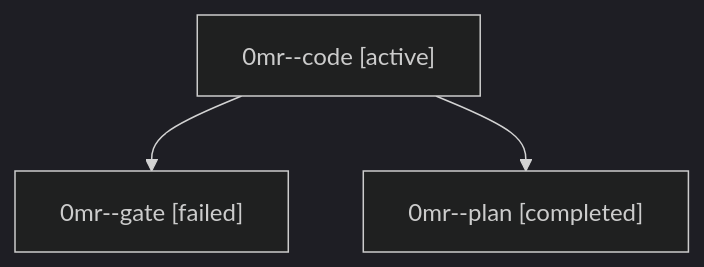
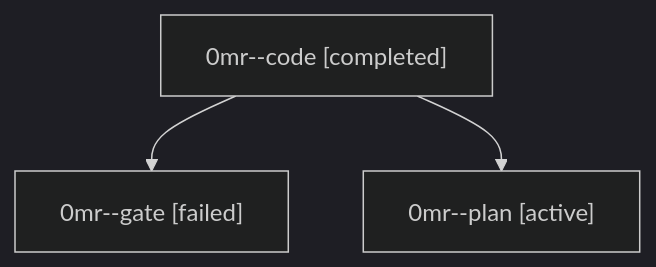
One commit to sase-org/sase--agents changed the diagram in families/bbugyi200.athena.0mr.md. Above: the diagram before and after it, drawn with Mermaid (dark theme). The commit also changed other lines of this file and 35830 other files, not shown here.

````diff
--- a/families/bbugyi200.athena.0mr.md
+++ b/families/bbugyi200.athena.0mr.md
@@ -9,8 +9,8 @@
 ```mermaid
 flowchart TD
-  n0["0mr--code [active]"]
+  n0["0mr--code [completed]"]
   n1["0mr--gate [failed]"]
   n0 --> n1
-  n2["0mr--plan [completed]"]
+  n2["0mr--plan [active]"]
   n0 --> n2
 ```
````
